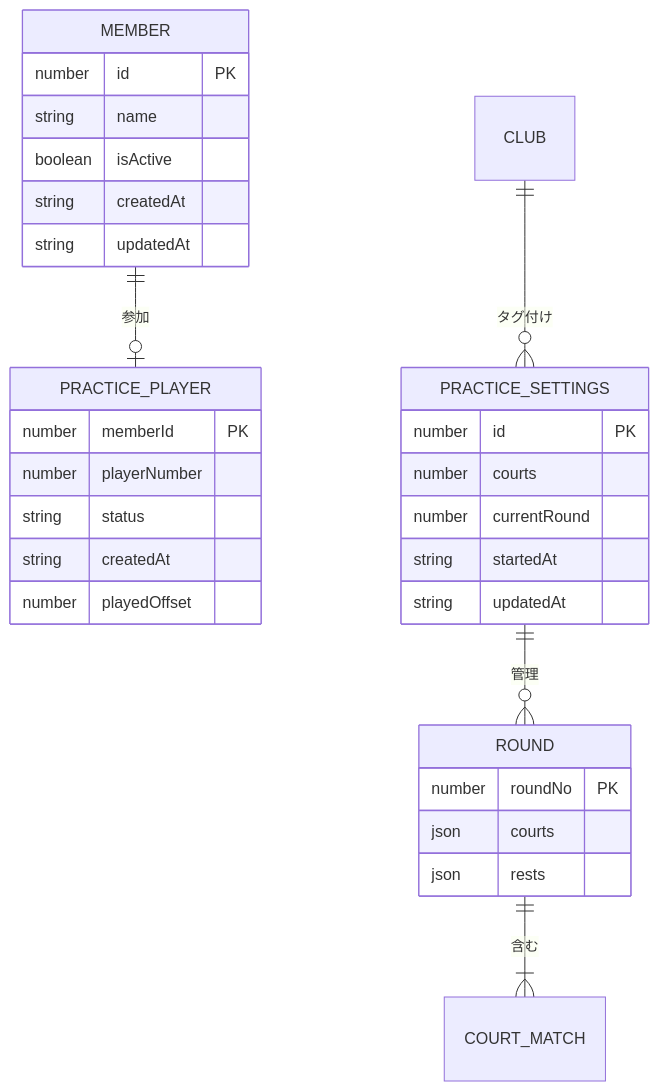
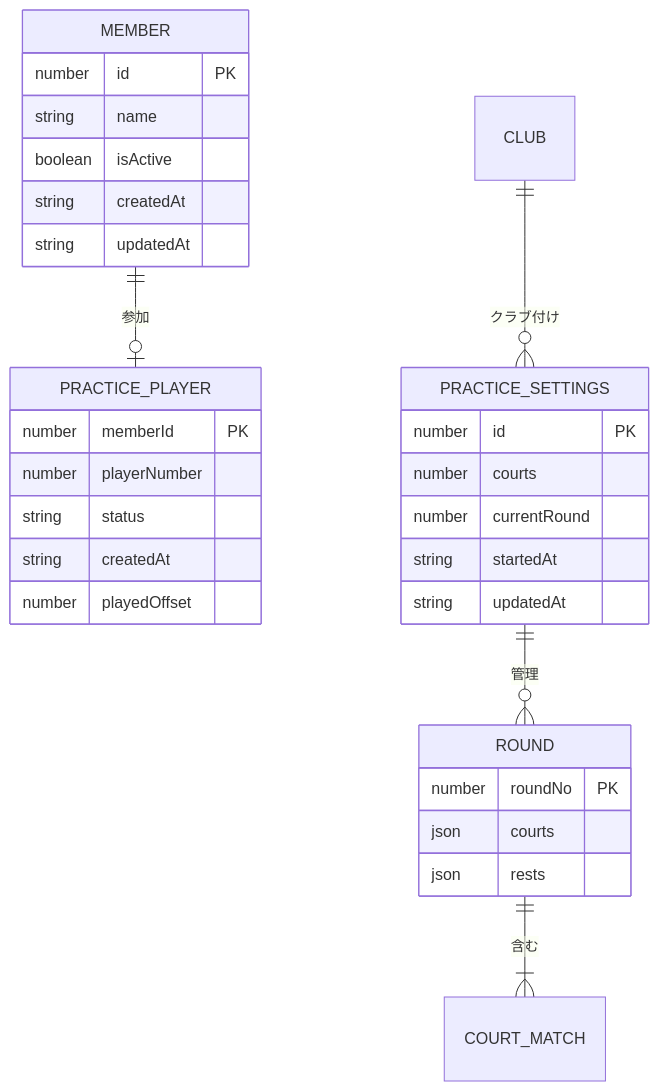
One commit to KM0912/pairkuji changed the second of 8 diagrams in docs/functional-design.md. Above: the diagram before and after it, drawn with Mermaid. The commit also changed 33 other files, not shown here.

````diff
--- a/docs/functional-design.md
+++ b/docs/functional-design.md
@@ -172,34 +172,34 @@
 ```mermaid
 erDiagram
     MEMBER ||--o| PRACTICE_PLAYER : "参加"
     PRACTICE_SETTINGS ||--o{ ROUND : "管理"
     ROUND ||--|{ COURT_MATCH : "含む"
-    CLUB ||--o{ PRACTICE_SETTINGS : "タグ付け"
+    CLUB ||--o{ PRACTICE_SETTINGS : "クラブ付け"
 
     MEMBER {
         number id PK
         string name
         boolean isActive
         string createdAt
         string updatedAt
     }
     PRACTICE_SETTINGS {
         number id PK
         number courts
         number currentRound
         string startedAt
         string updatedAt
     }
     PRACTICE_PLAYER {
         number memberId PK
         number playerNumber
         string status
         string createdAt
         number playedOffset
     }
     ROUND {
         number roundNo PK
         json courts
         json rests
     }
 ```
````
